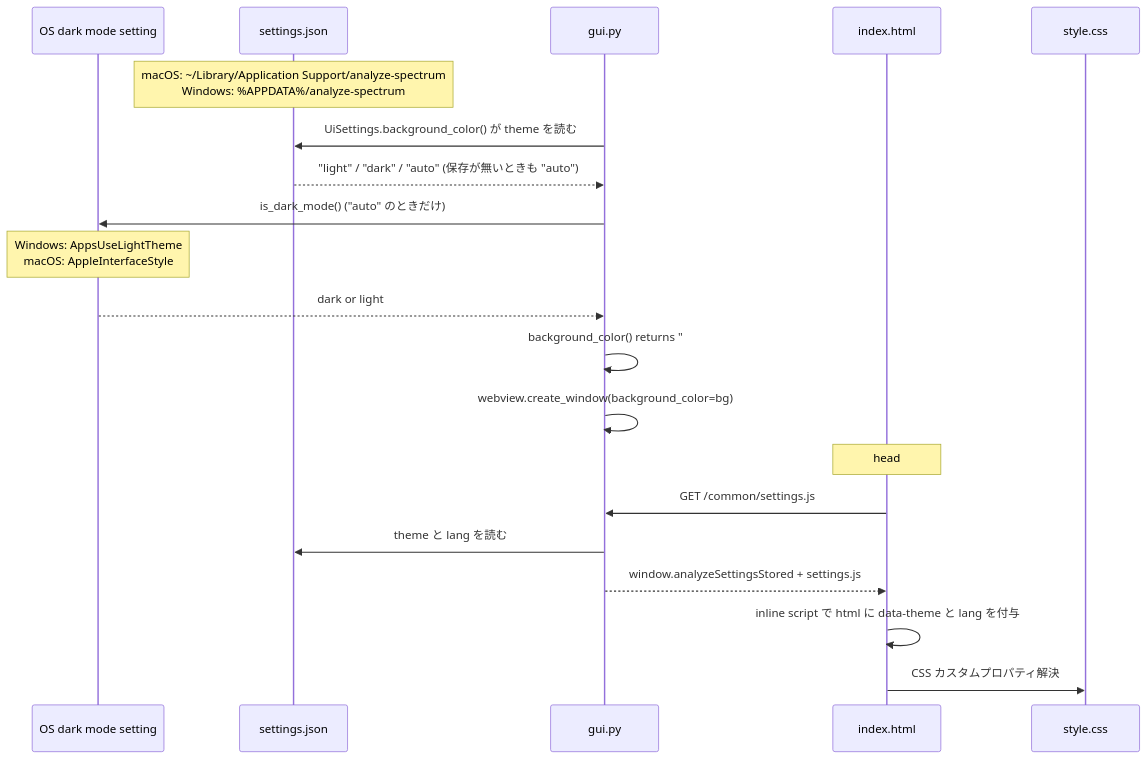
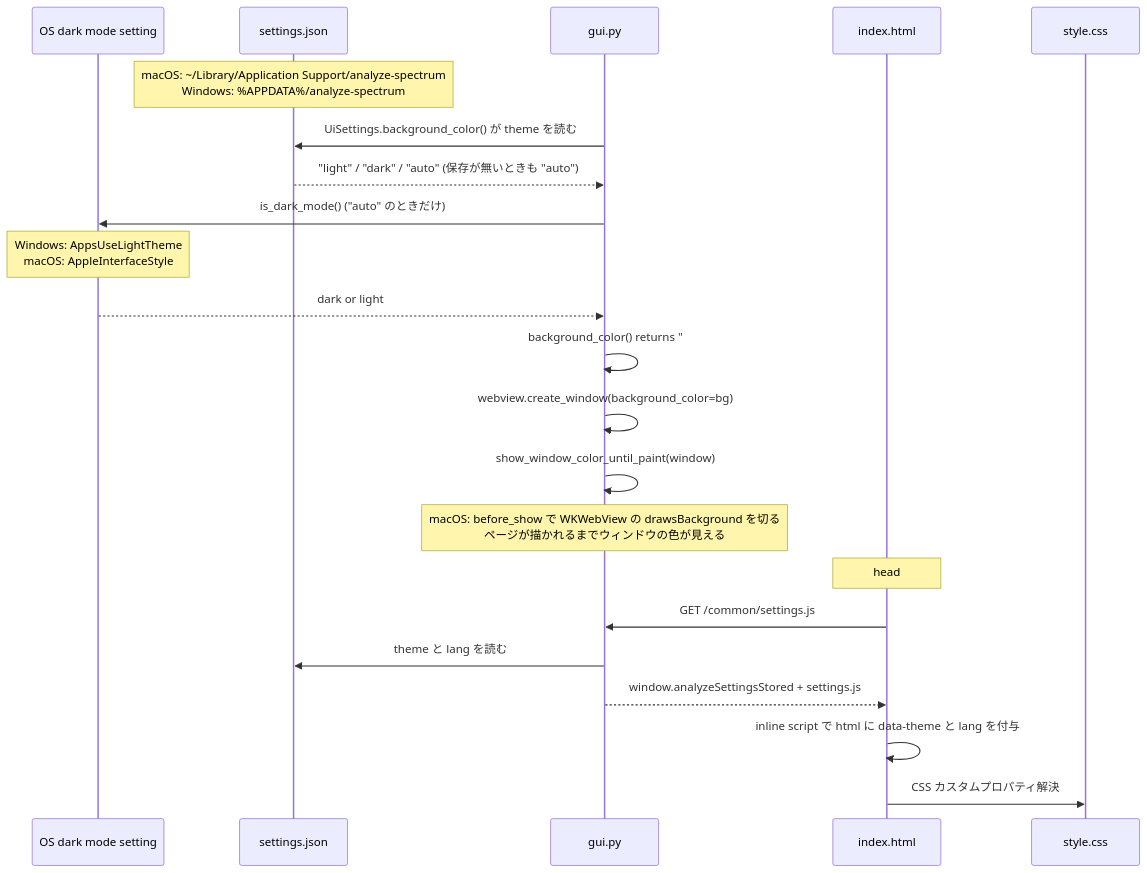
One commit to semnil/analyze-spectrum changed diagram 17 of 17 in docs/architecture.md. Above: the diagram before and after it, drawn with Mermaid. The commit also changed 1 other file, not shown here.

Commit message:
docs: 起動時の白を消す処理を CLAUDE.md と architecture に記載する

````diff
--- a/docs/architecture.md
+++ b/docs/architecture.md
@@ -632,24 +632,26 @@
 ```mermaid
 sequenceDiagram
     participant OS as OS dark mode setting
     participant SF as settings.json
     participant PY as gui.py
     participant HTML as index.html
     participant CSS as style.css
 
     Note over SF: macOS: ~/Library/Application Support/analyze-spectrum<br>Windows: %APPDATA%/analyze-spectrum
     PY->>SF: UiSettings.background_color() が theme を読む
     SF-->>PY: "light" / "dark" / "auto" (保存が無いときも "auto")
     PY->>OS: is_dark_mode() ("auto" のときだけ)
     Note over OS: Windows: AppsUseLightTheme<br>macOS: AppleInterfaceStyle
     OS-->>PY: dark or light
     PY->>PY: background_color() returns "#1a1a2e" or "#fafafa"
     PY->>PY: webview.create_window(background_color=bg)
+    PY->>PY: show_window_color_until_paint(window)
+    Note over PY: macOS: before_show で WKWebView の drawsBackground を切る<br>ページが描かれるまでウィンドウの色が見える
 
     Note over HTML: head
     HTML->>PY: GET /common/settings.js
     PY->>SF: theme と lang を読む
     PY-->>HTML: window.analyzeSettingsStored + settings.js
     HTML->>HTML: inline script で html に data-theme と lang を付与
     HTML->>CSS: CSS カスタムプロパティ解決
 ```
````
